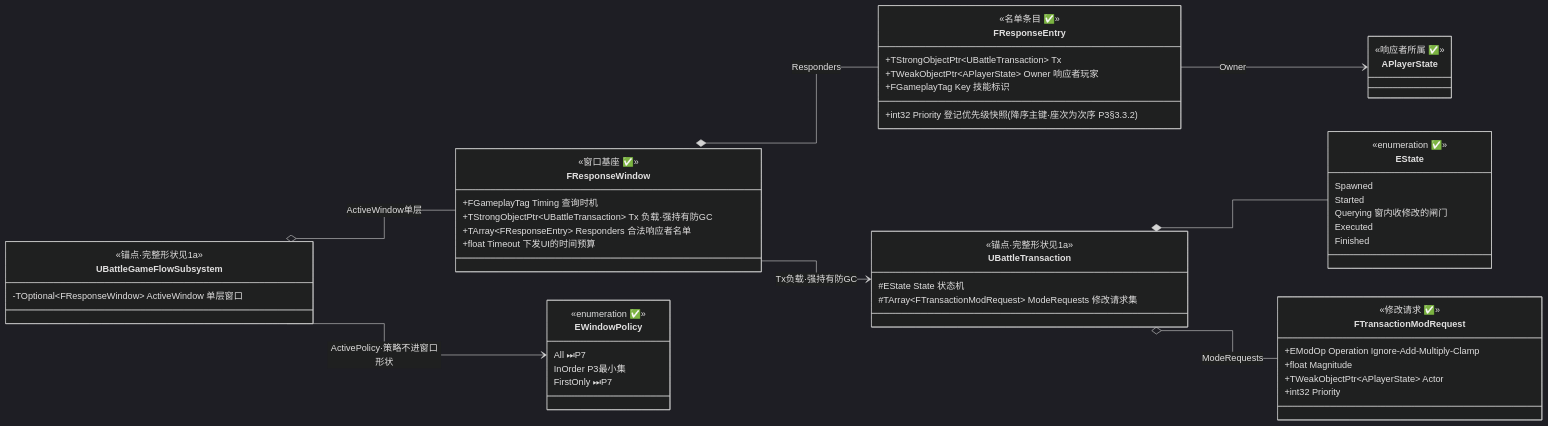
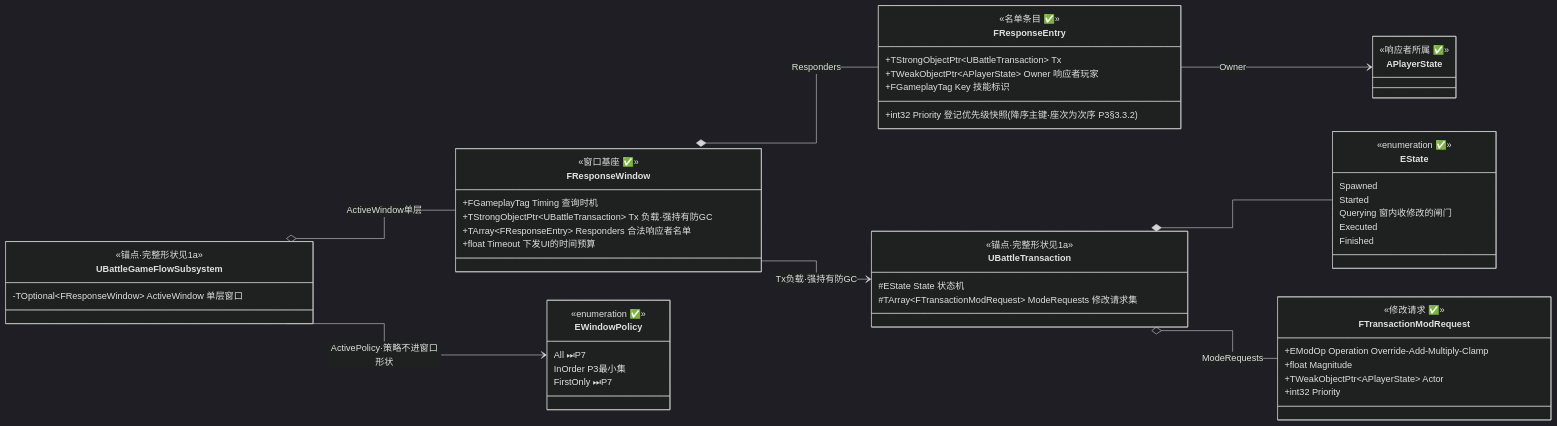
The second of 6 diagrams in Docs/02-阶段性任务/P3-架构图集.md (Fyammetta/ArkWars), drawn with Mermaid (dark theme) before and after one commit. The commit also changed other lines of this file and 25 other files, not shown here.

````diff
--- a/Docs/02-阶段性任务/P3-架构图集.md
+++ b/Docs/02-阶段性任务/P3-架构图集.md
@@ -118,68 +126,68 @@
 ```mermaid
 %%{init: {"flowchart": {"curve": "stepAfter"}}}%%
 classDiagram
     direction LR
 
     class UBattleGameFlowSubsystem {
         <<锚点·完整形状见1a>>
         -TOptional~FResponseWindow~ ActiveWindow 单层窗口
     }
 
     class UBattleTransaction {
         <<锚点·完整形状见1a>>
         #EState State 状态机
         #TArray~FTransactionModRequest~ ModeRequests 修改请求集
     }
 
     class FResponseWindow {
         <<窗口基座 ✅>>
         +FGameplayTag Timing 查询时机
         +TStrongObjectPtr~UBattleTransaction~ Tx 负载·强持有防GC
         +TArray~FResponseEntry~ Responders 合法响应者名单
         +float Timeout 下发UI的时间预算
     }
 
     class FResponseEntry {
         <<名单条目 ✅>>
         +TStrongObjectPtr~UBattleTransaction~ Tx
         +int32 Priority 登记优先级快照(降序主键·座次为次序 P3§3.3.2)
         +TWeakObjectPtr~APlayerState~ Owner 响应者玩家
         +FGameplayTag Key 技能标识
     }
 
     class FTransactionModRequest {
         <<修改请求 ✅>>
-        +EModOp Operation Ignore-Add-Multiply-Clamp
+        +EModOp Operation Override-Add-Multiply-Clamp
         +float Magnitude
         +TWeakObjectPtr~APlayerState~ Actor
         +int32 Priority
     }
 
     class EWindowPolicy {
         <<enumeration ✅>>
         All ⏭P7
         InOrder P3最小集
         FirstOnly ⏭P7
     }
 
     class EState {
         <<enumeration ✅>>
         Spawned
         Started
         Querying 窗内收修改的闸门
         Executed
         Finished
     }
 
     class APlayerState {
         <<响应者所属 ✅>>
     }
 
     UBattleGameFlowSubsystem o-- FResponseWindow : ActiveWindow单层
     UBattleGameFlowSubsystem --> EWindowPolicy : ActivePolicy·策略不进窗口形状
     FResponseWindow *-- FResponseEntry : Responders
     FResponseWindow --> UBattleTransaction : Tx负载·强持有防GC
     FResponseEntry --> APlayerState : Owner
     UBattleTransaction *-- EState
     UBattleTransaction o-- FTransactionModRequest : ModeRequests
 ```
````
